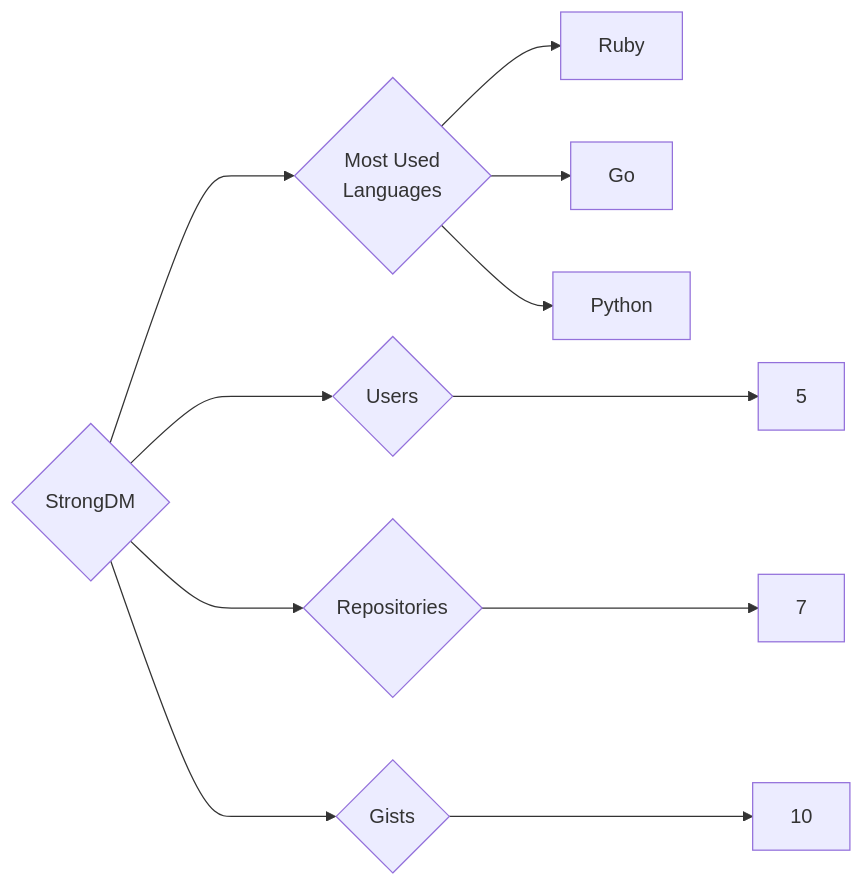
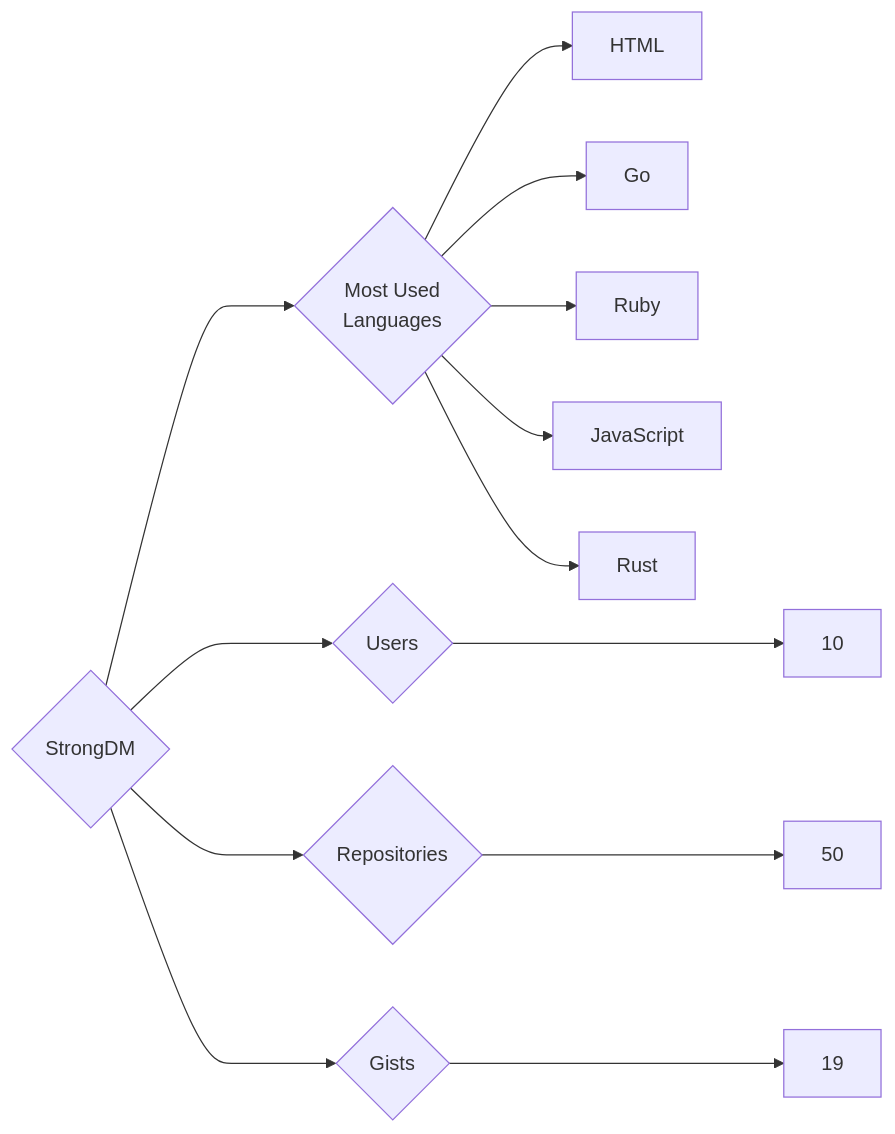
The diagram in targets/StrongDM/README.md (trickest/insiders), drawn with Mermaid before and after one commit. The commit also changed 976 other files, not shown here.

````diff
--- a/targets/StrongDM/README.md
+++ b/targets/StrongDM/README.md
@@ -3,11 +3,13 @@
 ```mermaid
 graph LR
 COMPANY_NAME{StrongDM}
-COMPANY_NAME ---> U{Users} ---> UN[5]
-COMPANY_NAME ---> R{Repositories} ---> RN[7]
-COMPANY_NAME ---> G{Gists} ---> GN[10]
+COMPANY_NAME ---> U{Users} ---> UN[10]
+COMPANY_NAME ---> R{Repositories} ---> RN[50]
+COMPANY_NAME ---> G{Gists} ---> GN[19]
 COMPANY_NAME ---> ML{Most Used<br>Languages}
+ML --> HTML[HTML]
+ML --> Go[Go]
 ML --> Ruby[Ruby]
-ML --> Go[Go]
-ML --> Python[Python]
+ML --> JavaScript[JavaScript]
+ML --> Rust[Rust]
 ```
````
